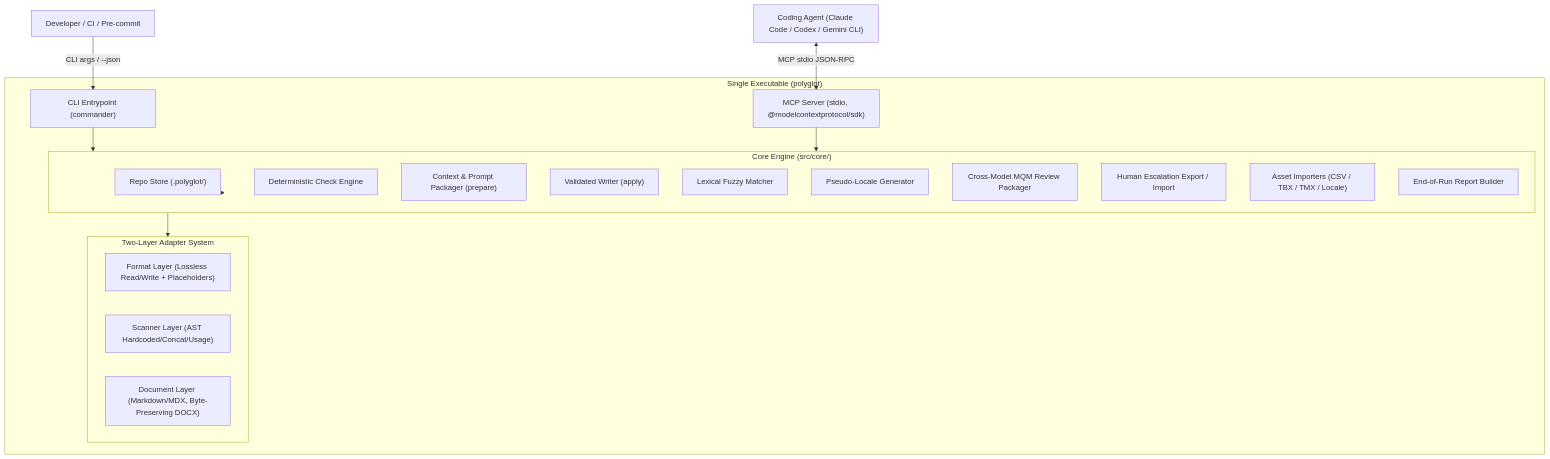
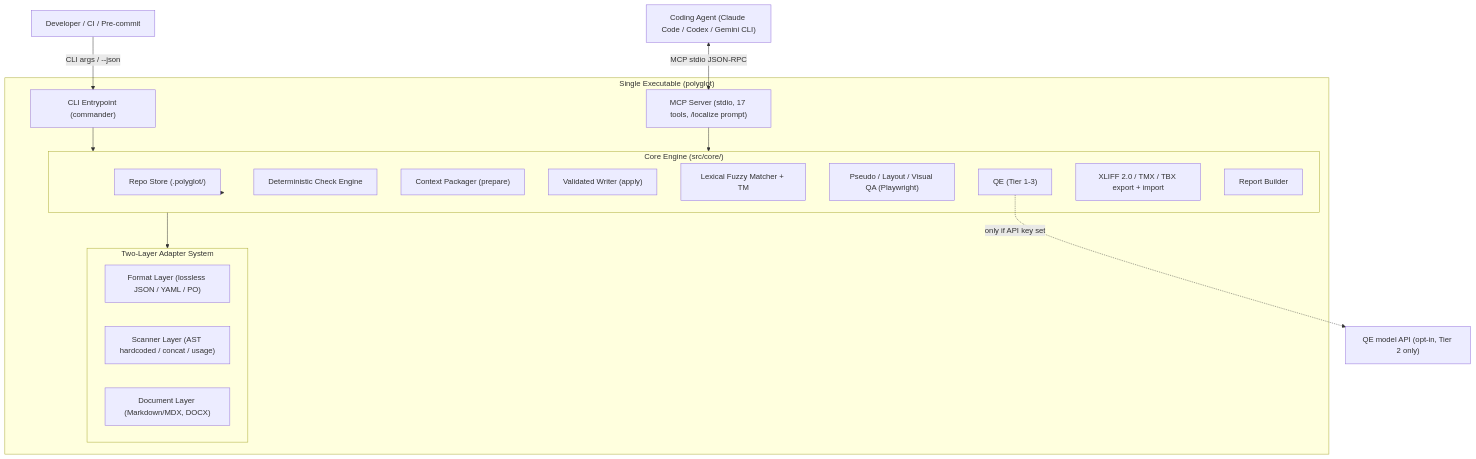
The second of 2 diagrams in docs/ARCHITECTURE.md (Colton-Cogg-1999/WraithMCP), drawn with Mermaid before and after one commit. The commit also changed other lines of this file and 399 other files, not shown here.

First line of the commit message:
Wraith v2: token-free visual QA, directional_asset rule, tiered QE swarm, XLIFF 2.0/TMX/TBX TMS round-trip, GitHub CI + agent skills, Stage 4 TM ablation harness, docs

````diff
--- a/docs/ARCHITECTURE.md
+++ b/docs/ARCHITECTURE.md
@@ -19,36 +78,35 @@
 ```mermaid
 flowchart TD
     Agent["Coding Agent (Claude Code / Codex / Gemini CLI)"]
     Human["Developer / CI / Pre-commit"]
 
     subgraph Binary["Single Executable (polyglot)"]
         CLI["CLI Entrypoint (commander)"]
-        MCP["MCP Server (stdio, @modelcontextprotocol/sdk)"]
-
+        MCP["MCP Server (stdio, 17 tools, /localize prompt)"]
         subgraph Core["Core Engine (src/core/)"]
             Store["Repo Store (.polyglot/)"]
             Check["Deterministic Check Engine"]
-            Prepare["Context & Prompt Packager (prepare)"]
+            Prepare["Context Packager (prepare)"]
             Apply["Validated Writer (apply)"]
-            Fuzzy["Lexical Fuzzy Matcher"]
-            Pseudo["Pseudo-Locale Generator"]
-            Review["Cross-Model MQM Review Packager"]
-            Escalate["Human Escalation Export / Import"]
-            Import["Asset Importers (CSV / TBX / TMX / Locale)"]
-            Report["End-of-Run Report Builder"]
+            Fuzzy["Lexical Fuzzy Matcher + TM"]
+            Layout["Pseudo / Layout / Visual QA (Playwright)"]
+            QEng["QE (Tier 1-3)"]
+            TMSio["XLIFF 2.0 / TMX / TBX export + import"]
+            Report["Report Builder"]
         end
-
         subgraph Adapters["Two-Layer Adapter System"]
-            Format["Format Layer (Lossless Read/Write + Placeholders)"]
-            Scanner["Scanner Layer (AST Hardcoded/Concat/Usage)"]
-            Docs["Document Layer (Markdown/MDX, Byte-Preserving DOCX)"]
+            Format["Format Layer (lossless JSON / YAML / PO)"]
+            Scanner["Scanner Layer (AST hardcoded / concat / usage)"]
+            Docs["Document Layer (Markdown/MDX, DOCX)"]
         end
     end
+    QEModel["QE model API (opt-in, Tier 2 only)"]
 
     Agent <-->|"MCP stdio JSON-RPC"| MCP
     Human -->|"CLI args / --json"| CLI
     CLI --> Core
     MCP --> Core
     Core --> Store
     Core --> Adapters
+    QEng -.->|"only if API key set"| QEModel
 ```
````
